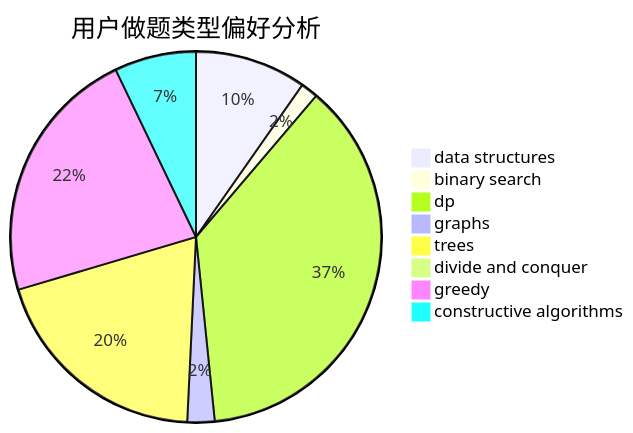
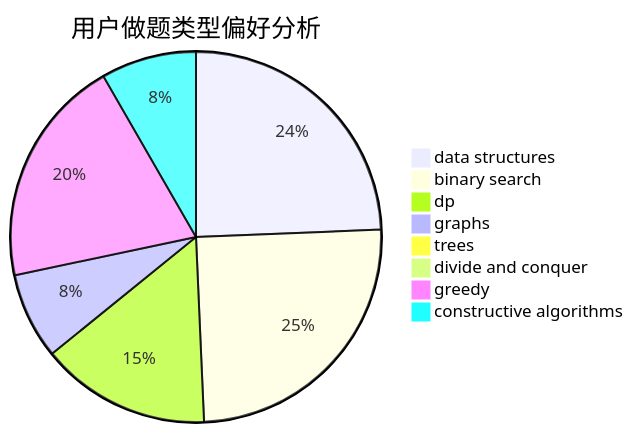
One commit to sherpahu/cfrs.github.io changed the second of 3 diagrams in docs/user/u2196.md. Above: the diagram before and after it, drawn with Mermaid. The commit also changed other lines of this file and 2770 other files, not shown here.

````diff
--- a/docs/user/u2196.md
+++ b/docs/user/u2196.md
@@ -23,11 +23,11 @@
 ```mermaid
 pie title 用户做题类型偏好分析
-    "data structures" :  45
-    "binary search" :  7
-    "dp" :  172
-    "graphs" :  11
-    "trees" :  91
+    "data structures" :  123
+    "binary search" :  126
+    "dp" :  75
+    "graphs" :  38
+    "trees" :  0
     "divide and conquer" :  0
-    "greedy" :  104
-    "constructive algorithms" :  33
+    "greedy" :  101
+    "constructive algorithms" :  42
 ```
````
